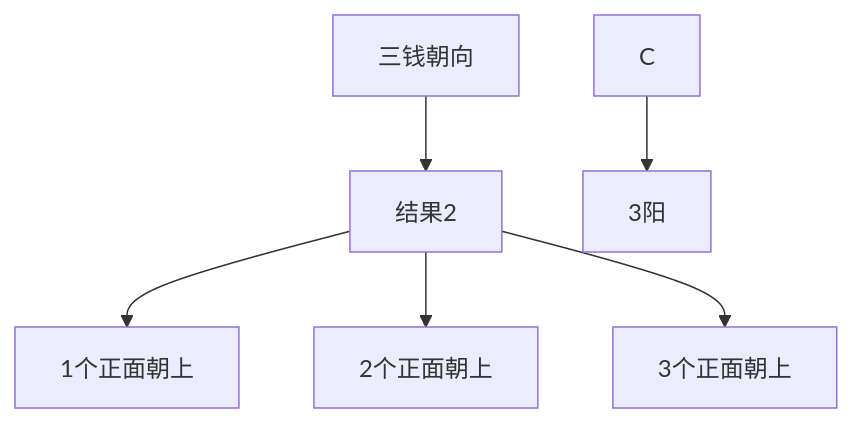
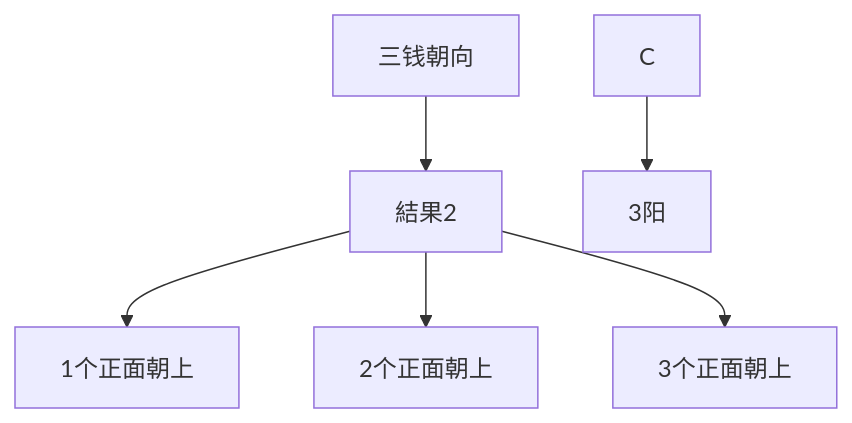
Before and after one commit to kmjade/knowledge-value: the third of 9 diagrams in 3 Resources/04-Interests/易学/03-占卜方法/铜钱卦法.md, drawn with Mermaid. The commit also changed other lines of this file and 653 other files, not shown here.

````diff
--- a/3 Resources/04-Interests/易学/03-占卜方法/铜钱卦法.md
+++ b/3 Resources/04-Interests/易学/03-占卜方法/铜钱卦法.md
@@ -103,10 +103,10 @@
 ```mermaid
 graph TB
-    A[三钱朝向] --> B[结果2]
+    A[三钱朝向] --> B[結果2]
     
     B --> B1[1个正面朝上]
     B --> B2[2个正面朝上]
     B --> B3[3个正面朝上]
     
     C --> C1[3阳]
 ```
````
